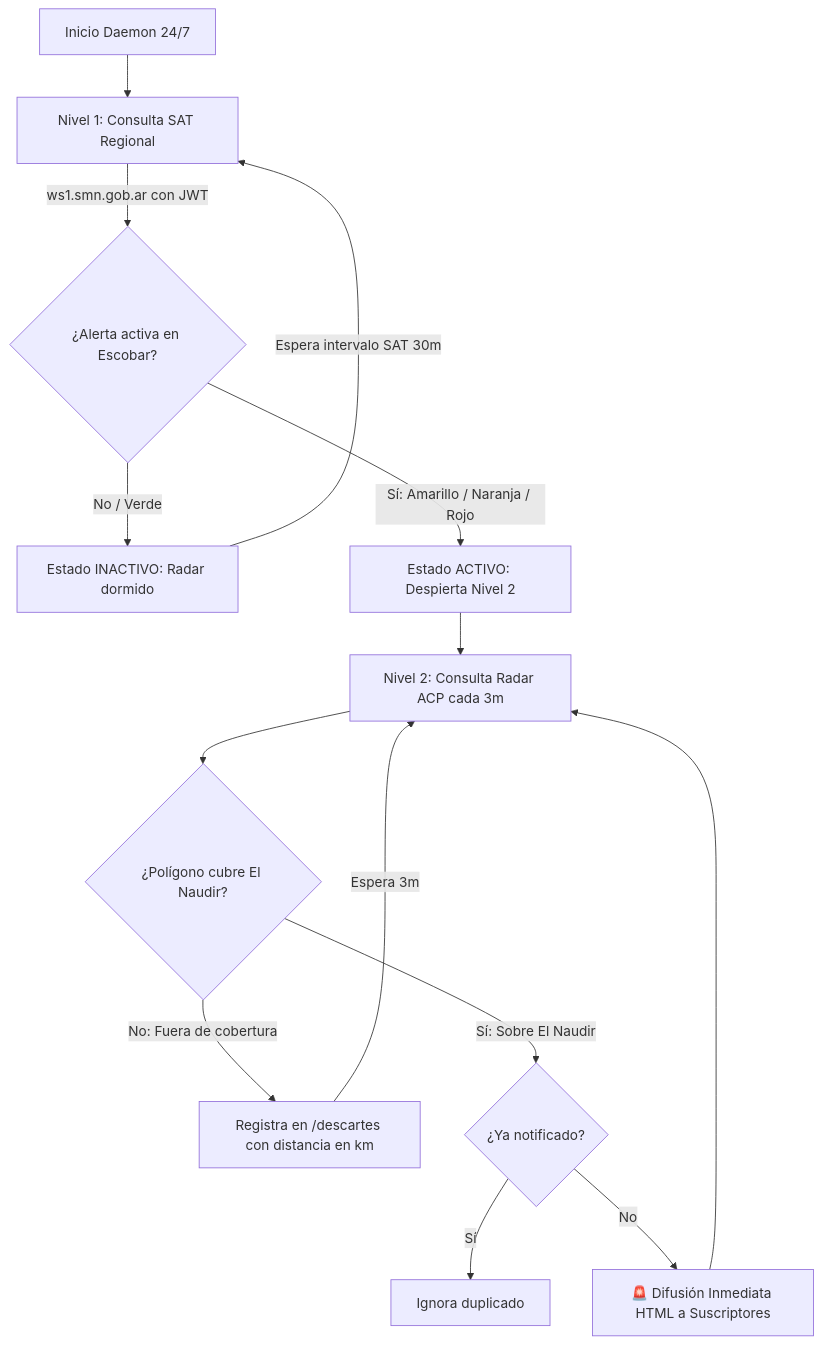
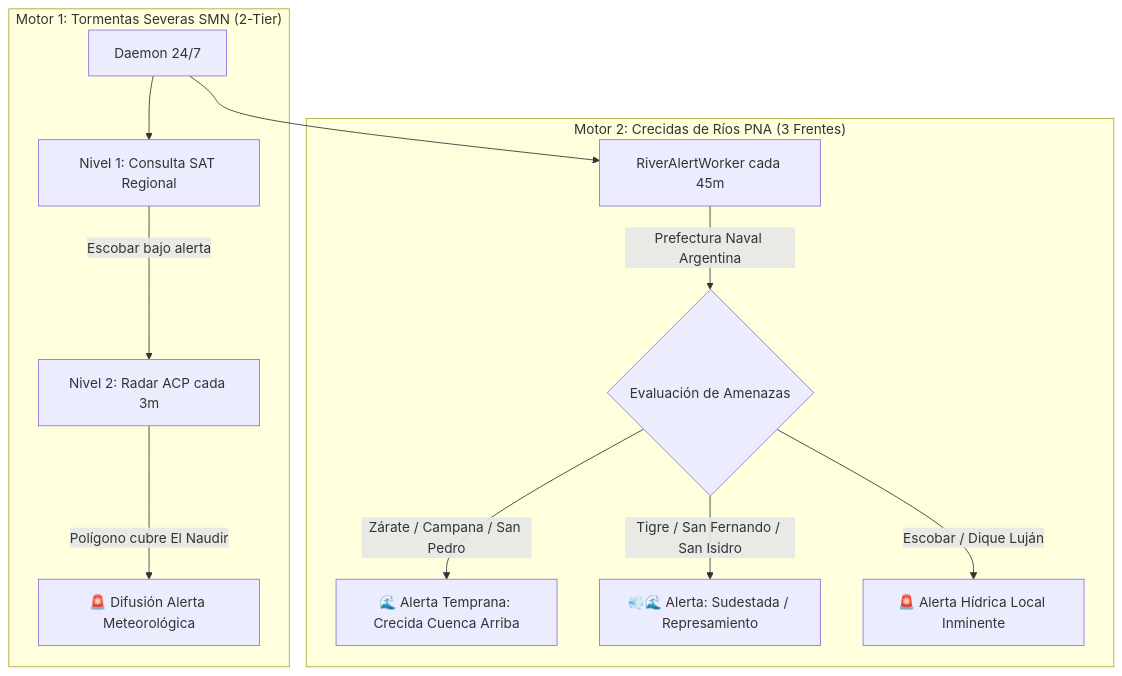
Before and after one commit to knafle/NaudirEarlyAlert: the diagram in README.md, drawn with Mermaid. The commit also changed other lines of this file and 9 other files, not shown here.

Commit message:
feat: add river flood and storm surge early warning system (PNA)

````diff
--- a/README.md
+++ b/README.md
@@ -21,16 +22,16 @@
 ```mermaid
 graph TD
-    A[Inicio Daemon 24/7] --> B[Nivel 1: Consulta SAT Regional]
-    B -->|ws1.smn.gob.ar con JWT| C{¿Alerta activa en Escobar?}
-    C -->|No / Verde| D[Estado INACTIVO: Radar dormido]
-    D -->|Espera intervalo SAT 30m| B
-    C -->|Sí: Amarillo / Naranja / Rojo| E[Estado ACTIVO: Despierta Nivel 2]
-    E --> F[Nivel 2: Consulta Radar ACP cada 3m]
-    F --> G{¿Polígono cubre El Naudir?}
-    G -->|No: Fuera de cobertura| H[Registra en /descartes con distancia en km]
-    H -->|Espera 3m| F
-    G -->|Sí: Sobre El Naudir| I{¿Ya notificado?}
-    I -->|Sí| J[Ignora duplicado]
-    I -->|No| K[🚨 Difusión Inmediata HTML a Suscriptores]
-    K --> F
+    subgraph "Motor 1: Tormentas Severas SMN (2-Tier)"
+        A[Daemon 24/7] --> B[Nivel 1: Consulta SAT Regional]
+        B -->|Escobar bajo alerta| C[Nivel 2: Radar ACP cada 3m]
+        C -->|Polígono cubre El Naudir| D[🚨 Difusión Alerta Meteorológica]
+    end
+
+    subgraph "Motor 2: Crecidas de Ríos PNA (3 Frentes)"
+        A --> E[RiverAlertWorker cada 45m]
+        E -->|Prefectura Naval Argentina| F{Evaluación de Amenazas}
+        F -->|Zárate / Campana / San Pedro| G[🌊 Alerta Temprana: Crecida Cuenca Arriba]
+        F -->|Tigre / San Fernando / San Isidro| H[💨🌊 Alerta: Sudestada / Represamiento]
+        F -->|Escobar / Dique Luján| I[🚨 Alerta Hídrica Local Inminente]
+    end
 ```
````
